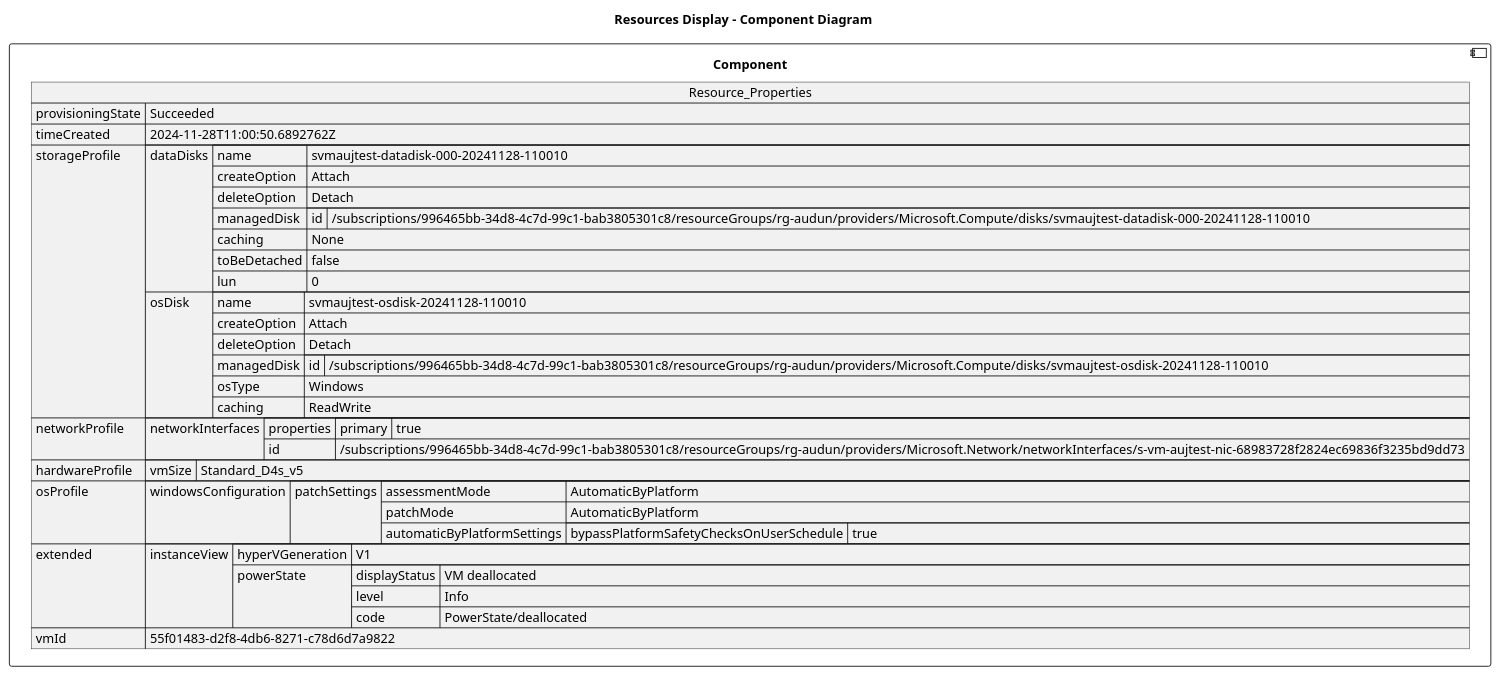
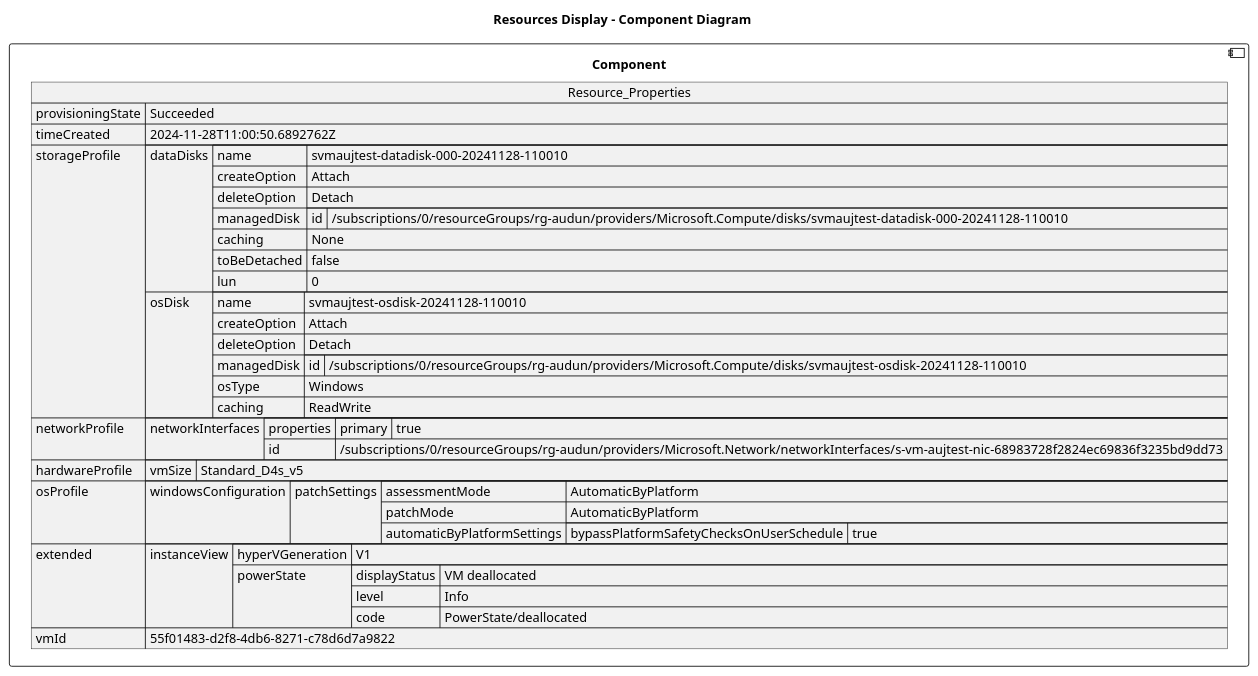
One commit to DanielAmpong/Test-Azure-architecture-diagram changed the diagram in architectureDesign/PUML/rg-audun_Resources/s-vm-aujtest.puml. Above: the diagram before and after it, drawn with PlantUML. The commit also changed 321 other files, not shown here.

```diff
--- a/architectureDesign/PUML/rg-audun_Resources/s-vm-aujtest.puml
+++ b/architectureDesign/PUML/rg-audun_Resources/s-vm-aujtest.puml
@@ -1,72 +1,72 @@
 @startuml
 
 title Resources Display - Component Diagram
 
 component Component {
 
 json  Resource_Properties {
   "provisioningState": "Succeeded",
   "timeCreated": "2024-11-28T11:00:50.6892762Z",
   "storageProfile": {
     "dataDisks": [
       {
         "name": "svmaujtest-datadisk-000-20241128-110010",
         "createOption": "Attach",
         "deleteOption": "Detach",
         "managedDisk": {
-          "id": "/subscriptions/996465bb-34d8-4c7d-99c1-bab3805301c8/resourceGroups/rg-audun/providers/Microsoft.Compute/disks/svmaujtest-datadisk-000-20241128-110010"
+          "id": "/subscriptions/0/resourceGroups/rg-audun/providers/Microsoft.Compute/disks/svmaujtest-datadisk-000-20241128-110010"
         },
         "caching": "None",
         "toBeDetached": false,
         "lun": 0
       }
     ],
     "osDisk": {
       "name": "svmaujtest-osdisk-20241128-110010",
       "createOption": "Attach",
       "deleteOption": "Detach",
       "managedDisk": {
-        "id": "/subscriptions/996465bb-34d8-4c7d-99c1-bab3805301c8/resourceGroups/rg-audun/providers/Microsoft.Compute/disks/svmaujtest-osdisk-20241128-110010"
+        "id": "/subscriptions/0/resourceGroups/rg-audun/providers/Microsoft.Compute/disks/svmaujtest-osdisk-20241128-110010"
       },
       "osType": "Windows",
       "caching": "ReadWrite"
     }
   },
   "networkProfile": {
     "networkInterfaces": [
       {
         "properties": {
           "primary": true
         },
-        "id": "/subscriptions/996465bb-34d8-4c7d-99c1-bab3805301c8/resourceGroups/rg-audun/providers/Microsoft.Network/networkInterfaces/s-vm-aujtest-nic-68983728f2824ec69836f3235bd9dd73"
+        "id": "/subscriptions/0/resourceGroups/rg-audun/providers/Microsoft.Network/networkInterfaces/s-vm-aujtest-nic-68983728f2824ec69836f3235bd9dd73"
       }
     ]
   },
   "hardwareProfile": {
     "vmSize": "Standard_D4s_v5"
   },
   "osProfile": {
     "windowsConfiguration": {
       "patchSettings": {
         "assessmentMode": "AutomaticByPlatform",
         "patchMode": "AutomaticByPlatform",
         "automaticByPlatformSettings": {
           "bypassPlatformSafetyChecksOnUserSchedule": true
         }
       }
     }
   },
   "extended": {
     "instanceView": {
       "hyperVGeneration": "V1",
       "powerState": {
         "displayStatus": "VM deallocated",
         "level": "Info",
         "code": "PowerState/deallocated"
       }
     }
   },
   "vmId": "55f01483-d2f8-4db6-8271-c78d6d7a9822"
 }
 }
 @enduml
```
